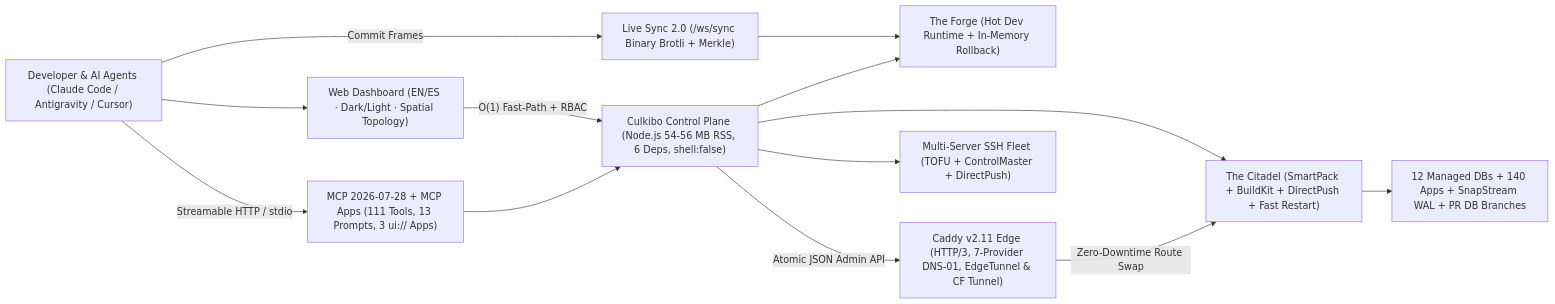
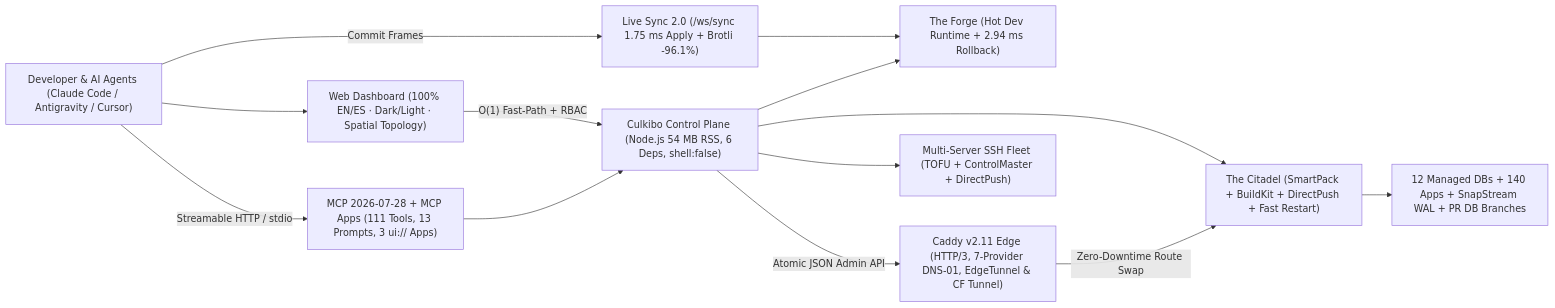
One commit to macaqueboy/culkibo changed the diagram in README.md. Above: the diagram before and after it, drawn with Mermaid. The commit also changed other lines of this file and 28 other files, not shown here.

Commit message:
feat(cycle-3): v1.2.0 — 100% EN/ES global UI, Pioneer Cockpit (SmartPack/DirectPush/EdgeTunnel/Topology DB-link), Coolify v4 E2E replay, CycloneDX 1.6 SBOM + release workflow, live-sync SVG & 37 suites (97.4% Launch Ready)

````diff
--- a/README.md
+++ b/README.md
@@ -157,26 +170,26 @@
 ```mermaid
 flowchart LR
     Dev["Developer & AI Agents (Claude Code / Antigravity / Cursor)"]
-    UI["Web Dashboard (EN/ES · Dark/Light · Spatial Topology)"]
+    UI["Web Dashboard (100% EN/ES · Dark/Light · Spatial Topology)"]
     MCP["MCP 2026-07-28 + MCP Apps (111 Tools, 13 Prompts, 3 ui:// Apps)"]
-    Sync["Live Sync 2.0 (/ws/sync Binary Brotli + Merkle)"]
-    CP["Culkibo Control Plane (Node.js 54-56 MB RSS, 6 Deps, shell:false)"]
-    Forge["The Forge (Hot Dev Runtime + In-Memory Rollback)"]
+    Sync["Live Sync 2.0 (/ws/sync 1.75 ms Apply + Brotli -96.1%)"]
+    CP["Culkibo Control Plane (Node.js 54 MB RSS, 6 Deps, shell:false)"]
+    Forge["The Forge (Hot Dev Runtime + 2.94 ms Rollback)"]
     Citadel["The Citadel (SmartPack + BuildKit + DirectPush + Fast Restart)"]
     Caddy["Caddy v2.11 Edge (HTTP/3, 7-Provider DNS-01, EdgeTunnel & CF Tunnel)"]
     Data["12 Managed DBs + 140 Apps + SnapStream WAL + PR DB Branches"]
     Fleet["Multi-Server SSH Fleet (TOFU + ControlMaster + DirectPush)"]
 
     Dev -->|"Streamable HTTP / stdio"| MCP
     Dev -->|"Commit Frames"| Sync
     Dev --> UI
     UI -->|"O(1) Fast-Path + RBAC"| CP
     MCP --> CP
     Sync --> Forge
     CP --> Forge
     CP --> Citadel
     CP -->|"Atomic JSON Admin API"| Caddy
     Citadel --> Data
     CP --> Fleet
     Caddy -->|"Zero-Downtime Route Swap"| Citadel
 ```
````
